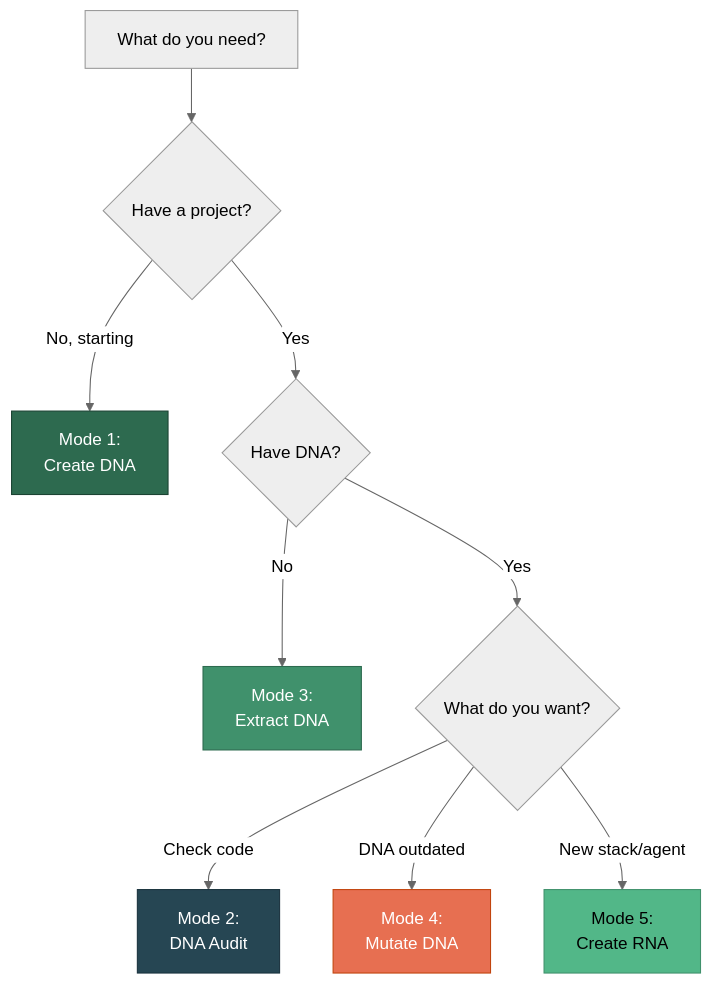
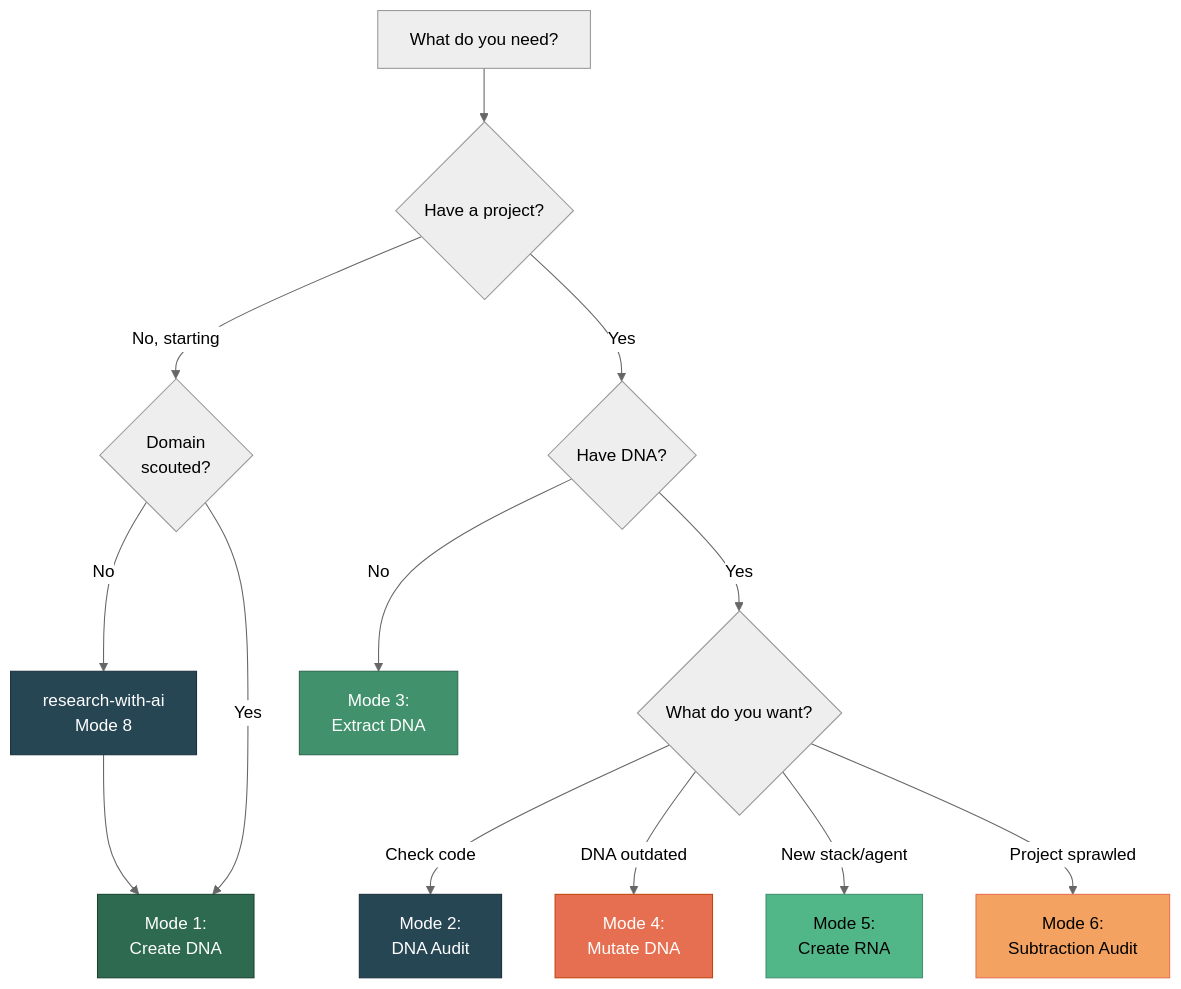
Before and after one commit to SizovOleg/project-dna: the eighth of 8 diagrams in docs/modes-en.md, drawn with Mermaid (neutral theme). The commit also changed other lines of this file and 9 other files, not shown here.

````diff
--- a/docs/modes-en.md
+++ b/docs/modes-en.md
@@ -252,21 +413,27 @@
 ```mermaid
 flowchart TD
     START["What do you need?"]
-    
+
     START --> Q1{"Have a project?"}
-    Q1 -->|"No, starting"| M1["Mode 1:<br/>Create DNA"]
+    Q1 -->|"No, starting"| Q0{"Domain<br/>scouted?"}
+    Q0 -->|"No"| SCOUT["research-with-ai<br/>Mode 8"]
+    Q0 -->|"Yes"| M1["Mode 1:<br/>Create DNA"]
+    SCOUT --> M1
+
     Q1 -->|"Yes"| Q2{"Have DNA?"}
-    
     Q2 -->|"No"| M3["Mode 3:<br/>Extract DNA"]
     Q2 -->|"Yes"| Q3{"What do you want?"}
-    
+
     Q3 -->|"Check code"| M2["Mode 2:<br/>DNA Audit"]
     Q3 -->|"DNA outdated"| M4["Mode 4:<br/>Mutate DNA"]
     Q3 -->|"New stack/agent"| M5["Mode 5:<br/>Create RNA"]
+    Q3 -->|"Project sprawled"| M6["Mode 6:<br/>Subtraction Audit"]
 
+    style SCOUT fill:#264653,stroke:#1a323d,color:#fff
     style M1 fill:#2d6a4f,stroke:#1b4332,color:#fff
     style M2 fill:#264653,stroke:#1a323d,color:#fff
     style M3 fill:#40916c,stroke:#2d6a4f,color:#fff
     style M4 fill:#e76f51,stroke:#c1440e,color:#fff
     style M5 fill:#52b788,stroke:#40916c,color:#000
+    style M6 fill:#f4a261,stroke:#e76f51,color:#000
 ```
````
